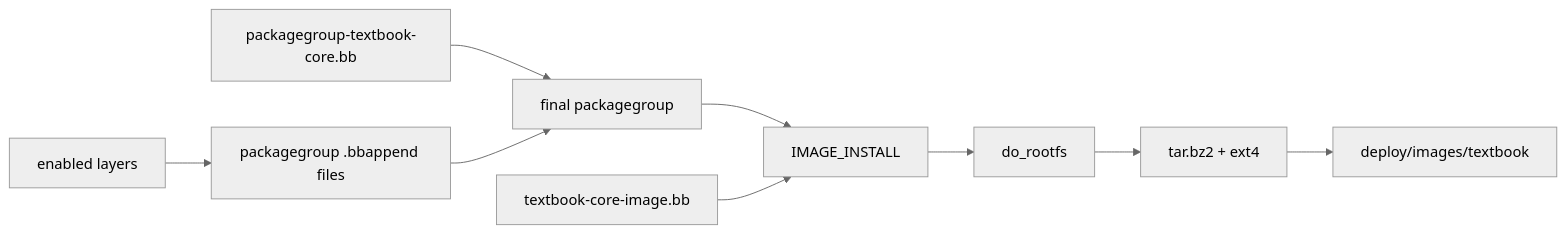
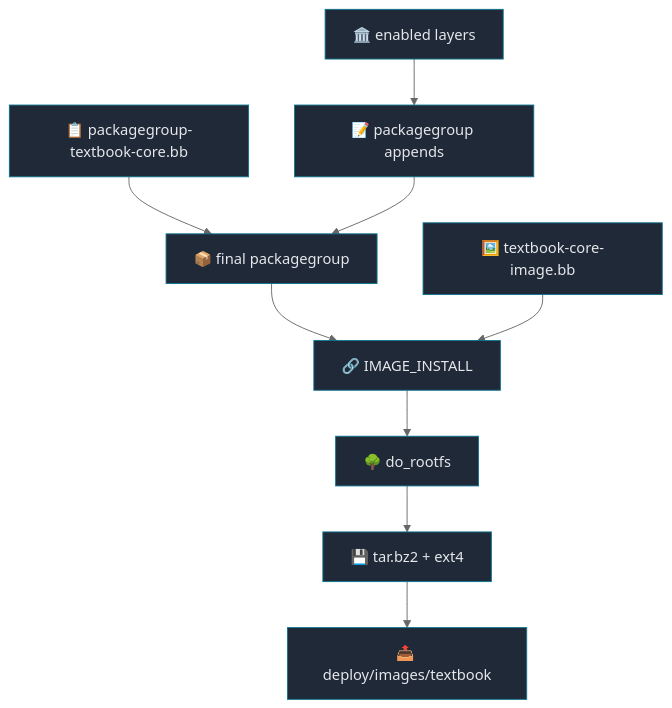
One commit to yocto-textbook/document changed the diagram in topics/04-image-packagegroup.md. Above: the diagram before and after it, drawn with Mermaid (neutral theme). The commit also changed other lines of this file and 17 other files, not shown here.

````diff
--- a/topics/04-image-packagegroup.md
+++ b/topics/04-image-packagegroup.md
@@ -15,11 +33,21 @@
 ```mermaid
-flowchart LR
-    Layers["enabled layers"] --> Appends["packagegroup .bbappend files"]
-    CoreGroup["packagegroup-textbook-core.bb"] --> FinalGroup["final packagegroup"]
+flowchart TB
+    Layers["🏛️ enabled layers"] --> Appends["📝 packagegroup appends"]
+    CoreGroup["📋 packagegroup-textbook-core.bb"] --> FinalGroup["📦 final packagegroup"]
     Appends --> FinalGroup
-    FinalGroup --> ImageInstall["IMAGE_INSTALL"]
-    ImageRecipe["textbook-core-image.bb"] --> ImageInstall
-    ImageInstall --> Rootfs["do_rootfs"]
-    Rootfs --> ImageTypes["tar.bz2 + ext4"]
-    ImageTypes --> Deploy["deploy/images/textbook"]
+    FinalGroup --> ImageInstall["🔗 IMAGE_INSTALL"]
+    ImageRecipe["🖼️ textbook-core-image.bb"] --> ImageInstall
+    ImageInstall --> Rootfs["🌳 do_rootfs"]
+    Rootfs --> ImageTypes["💾 tar.bz2 + ext4"]
+    ImageTypes --> Deploy["📤 deploy/images/textbook"]
+
+    style Layers fill:#1f2937,stroke:#0e7490,stroke-width:1px,color:#e5e7eb
+    style Appends fill:#1f2937,stroke:#0e7490,stroke-width:1px,color:#e5e7eb
+    style CoreGroup fill:#1f2937,stroke:#0e7490,stroke-width:1px,color:#e5e7eb
+    style FinalGroup fill:#1f2937,stroke:#0e7490,stroke-width:1px,color:#e5e7eb
+    style ImageRecipe fill:#1f2937,stroke:#0e7490,stroke-width:1px,color:#e5e7eb
+    style ImageInstall fill:#1f2937,stroke:#0e7490,stroke-width:1px,color:#e5e7eb
+    style Rootfs fill:#1f2937,stroke:#0e7490,stroke-width:1px,color:#e5e7eb
+    style ImageTypes fill:#1f2937,stroke:#0e7490,stroke-width:1px,color:#e5e7eb
+    style Deploy fill:#1f2937,stroke:#0e7490,stroke-width:1px,color:#e5e7eb
 ```
````
